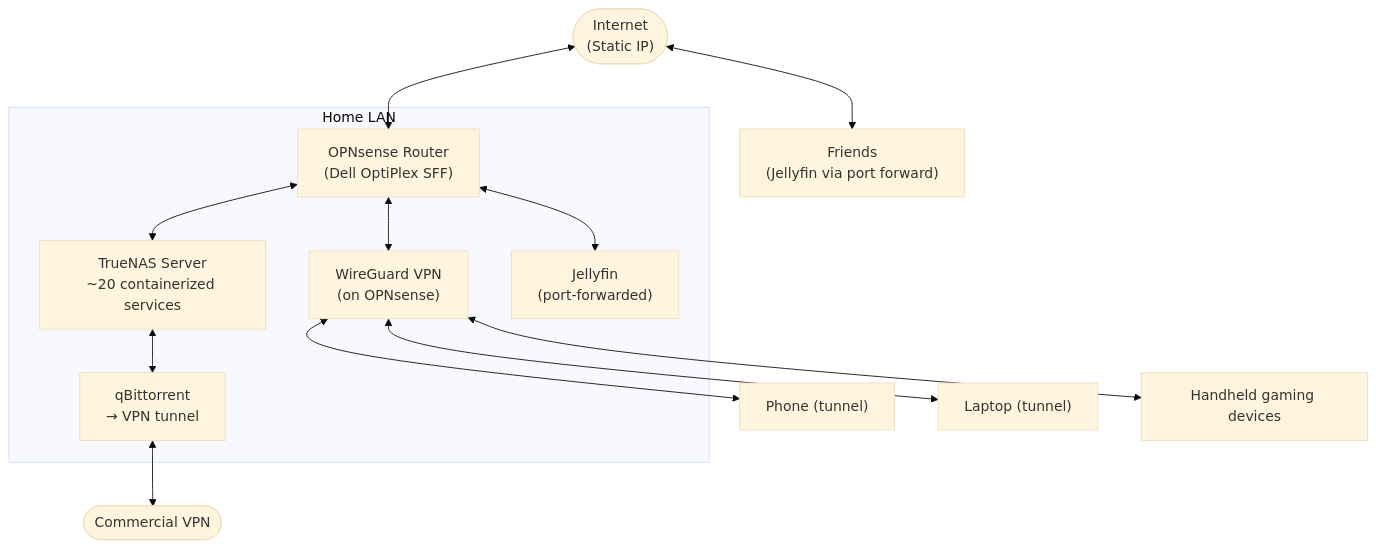
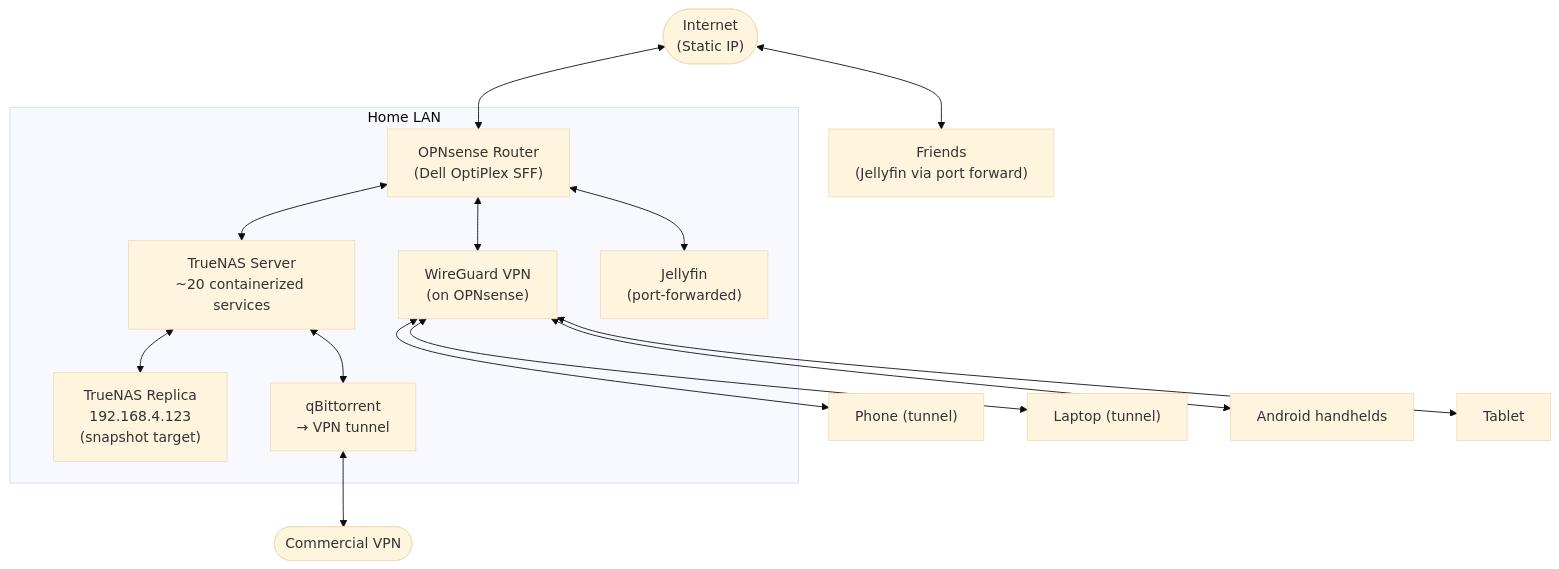
The diagram in README.md (SammyTheKat/homelab), drawn with Mermaid (base theme) before and after one commit. The commit also changed other lines of this file and 1 other file, not shown here.

Commit message:
Voice polish batch 1: README + network architecture (Android handhelds, tablet, replica node, gateway war story)

````diff
--- a/README.md
+++ b/README.md
@@ -11,18 +11,20 @@
 ```mermaid
 flowchart TB
     Internet(["Internet<br/>(Static IP)"]) <--> OPNsense["OPNsense Router<br/>(Dell OptiPlex SFF)"]
 
     subgraph LAN["Home LAN"]
         OPNsense <--> TrueNAS["TrueNAS Server<br/>~20 containerized services"]
+        TrueNAS <--> Replica["TrueNAS Replica<br/>192.168.4.123<br/>(snapshot target)"]
         OPNsense <--> WG["WireGuard VPN<br/>(on OPNsense)"]
         OPNsense <--> JF["Jellyfin<br/>(port-forwarded)"]
         TrueNAS <--> qbit["qBittorrent<br/>→ VPN tunnel"]
     end
 
     WG <--> Phone["Phone (tunnel)"]
     WG <--> Laptop["Laptop (tunnel)"]
-    WG <--> Handhelds["Handheld gaming devices"]
+    WG <--> Handhelds["Android handhelds"]
+    WG <--> Tablet["Tablet"]
 
     Internet <--> Friends["Friends<br/>(Jellyfin via port forward)"]
     qbit <--> VPN(["Commercial VPN"])
 ```
````
